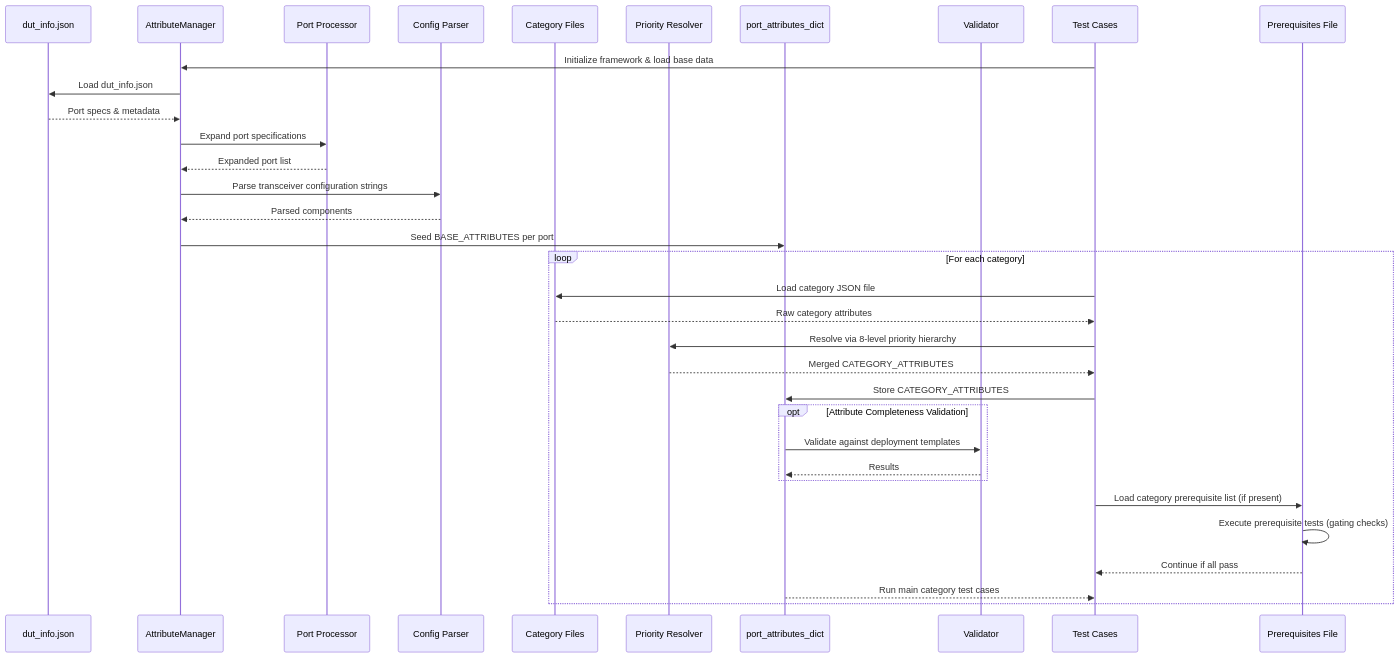
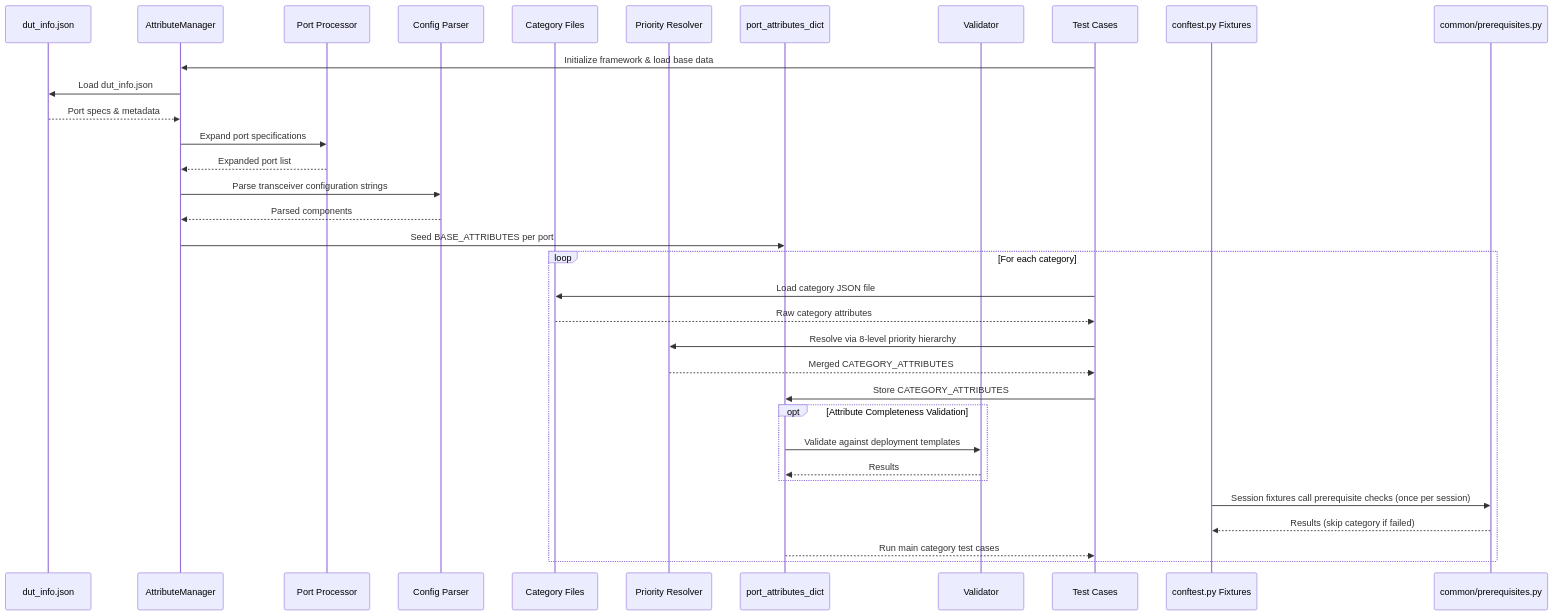
The second of 2 diagrams in docs/testplan/transceiver/diagrams/data_flow.md (sonic-net/sonic-mgmt), drawn with Mermaid before and after one commit. The commit also changed other lines of this file and 31 other files, not shown here.

First line of the commit message:
[[test-pTest plan] Replace prerequisites.json with conftest.py fixture architecture, add port config test plan, and fix consistency (#24184)

````diff
--- a/docs/testplan/transceiver/diagrams/data_flow.md
+++ b/docs/testplan/transceiver/diagrams/data_flow.md
@@ -77,38 +87,38 @@
 ```mermaid
 sequenceDiagram
     participant DI as dut_info.json
     participant AM as AttributeManager
     participant PP as Port Processor
     participant CP as Config Parser
     participant CF as Category Files
     participant PR as Priority Resolver
     participant PD as port_attributes_dict
     participant V as Validator
     participant TC as Test Cases
-    participant PRQ as Prerequisites File
+    participant CFF as conftest.py Fixtures
+    participant PRQ as common/prerequisites.py
 
     TC->>AM: Initialize framework & load base data
     AM->>DI: Load dut_info.json
     DI-->>AM: Port specs & metadata
     AM->>PP: Expand port specifications
     PP-->>AM: Expanded port list
     AM->>CP: Parse transceiver configuration strings
     CP-->>AM: Parsed components
     AM->>PD: Seed BASE_ATTRIBUTES per port
 
     loop For each category
         TC->>CF: Load category JSON file
         CF-->>TC: Raw category attributes
         TC->>PR: Resolve via 8-level priority hierarchy
         PR-->>TC: Merged CATEGORY_ATTRIBUTES
         TC->>PD: Store CATEGORY_ATTRIBUTES
         opt Attribute Completeness Validation
             PD->>V: Validate against deployment templates
             V-->>PD: Results
         end
-        TC->>PRQ: Load category prerequisite list (if present)
-        PRQ->>PRQ: Execute prerequisite tests (gating checks)
-        PRQ-->>TC: Continue if all pass
+        CFF->>PRQ: Session fixtures call prerequisite checks (once per session)
+        PRQ-->>CFF: Results (skip category if failed)
         PD-->>TC: Run main category test cases
     end
 ```
````
